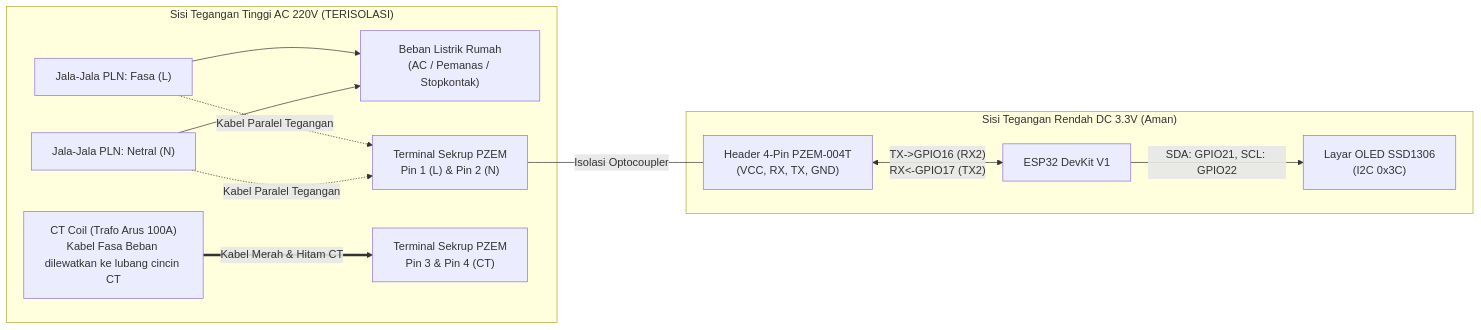
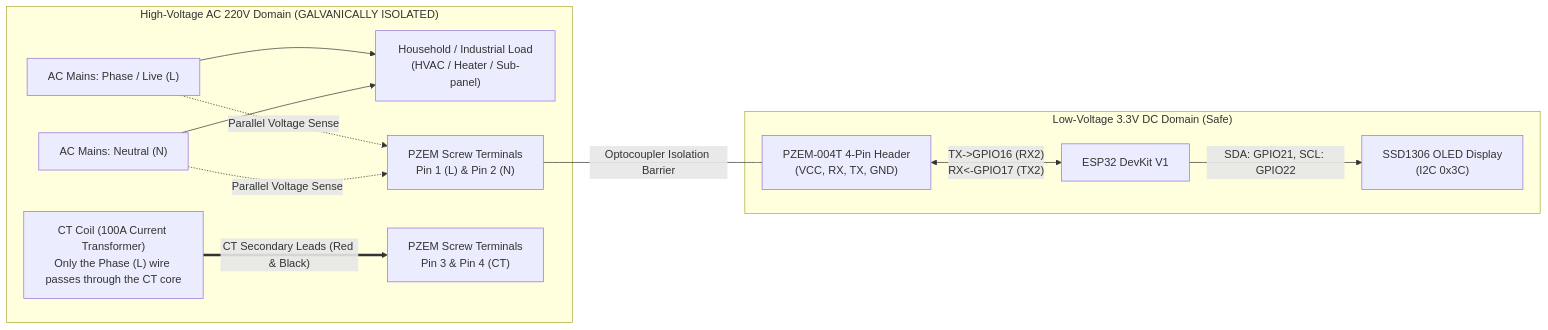
One commit to kenzojulian111/microcontroller-iot-journey changed the diagram in 05-smart-energy-meter/schematics/wiring-guide.md. Above: the diagram before and after it, drawn with Mermaid. The commit also changed other lines of this file and 150 other files, not shown here.

````diff
--- a/05-smart-energy-meter/schematics/wiring-guide.md
+++ b/05-smart-energy-meter/schematics/wiring-guide.md
@@ -31,26 +31,26 @@
 ```mermaid
 flowchart LR
-    subgraph AC_Side["Sisi Tegangan Tinggi AC 220V (TERISOLASI)"]
-        PLN_L["Jala-Jala PLN: Fasa (L)"]
-        PLN_N["Jala-Jala PLN: Netral (N)"]
-        CT["CT Coil (Trafo Arus 100A)\nKabel Fasa Beban dilewatkan ke lubang cincin CT"]
-        LOAD["Beban Listrik Rumah\n(AC / Pemanas / Stopkontak)"]
+    subgraph AC_Side["High-Voltage AC 220V Domain (GALVANICALLY ISOLATED)"]
+        PLN_L["AC Mains: Phase / Live (L)"]
+        PLN_N["AC Mains: Neutral (N)"]
+        CT["CT Coil (100A Current Transformer)\nOnly the Phase (L) wire passes through the CT core"]
+        LOAD["Household / Industrial Load\n(HVAC / Heater / Sub-panel)"]
 
         PLN_L --> LOAD
         PLN_N --> LOAD
-        PLN_L -. "Kabel Paralel Tegangan" .-> PZEM_HV["Terminal Sekrup PZEM\nPin 1 (L) & Pin 2 (N)"]
-        PLN_N -. "Kabel Paralel Tegangan" .-> PZEM_HV
-        CT == "Kabel Merah & Hitam CT" ==> PZEM_CT["Terminal Sekrup PZEM\nPin 3 & Pin 4 (CT)"]
+        PLN_L -. "Parallel Voltage Sense" .-> PZEM_HV["PZEM Screw Terminals\nPin 1 (L) & Pin 2 (N)"]
+        PLN_N -. "Parallel Voltage Sense" .-> PZEM_HV
+        CT == "CT Secondary Leads (Red & Black)" ==> PZEM_CT["PZEM Screw Terminals\nPin 3 & Pin 4 (CT)"]
     end
 
-    subgraph LV_Side["Sisi Tegangan Rendah DC 3.3V (Aman)"]
-        PZEM_LV["Header 4-Pin PZEM-004T\n(VCC, RX, TX, GND)"]
+    subgraph LV_Side["Low-Voltage 3.3V DC Domain (Safe)"]
+        PZEM_LV["PZEM-004T 4-Pin Header\n(VCC, RX, TX, GND)"]
         ESP["ESP32 DevKit V1"]
-        OLED["Layar OLED SSD1306\n(I2C 0x3C)"]
+        OLED["SSD1306 OLED Display\n(I2C 0x3C)"]
 
         PZEM_LV <-->|"TX->GPIO16 (RX2)\nRX<-GPIO17 (TX2)"| ESP
         ESP -->|"SDA: GPIO21, SCL: GPIO22"| OLED
     end
 
-    PZEM_HV ---|"Isolasi Optocoupler"| PZEM_LV
+    PZEM_HV ---|"Optocoupler Isolation Barrier"| PZEM_LV
 ```
````
